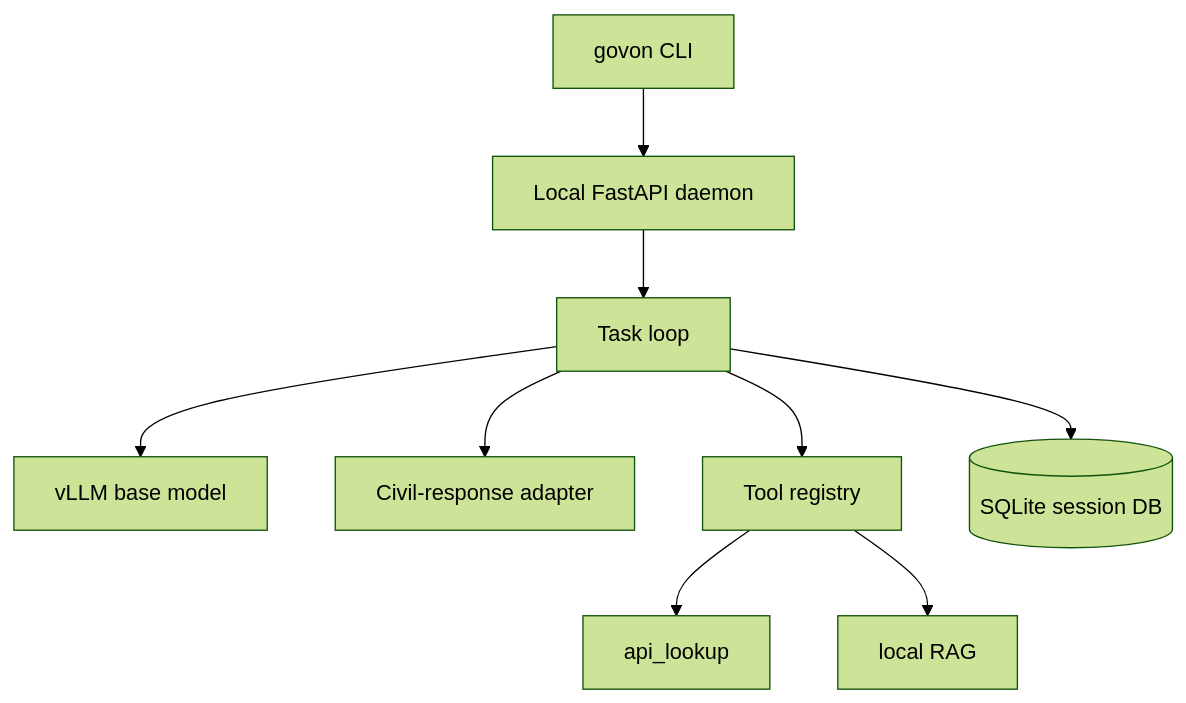
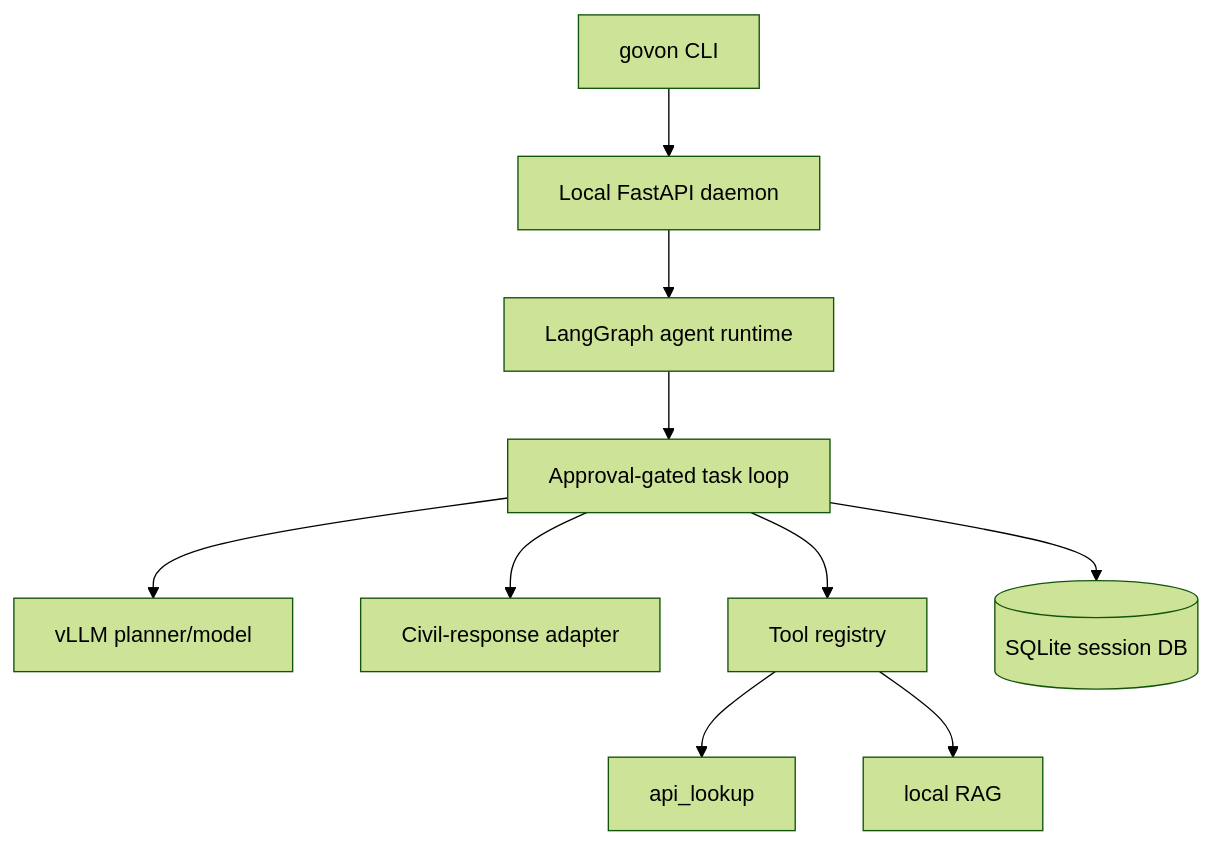
Before and after one commit to yuujjjj/AIOSS_GovOn: the diagram in README.md, drawn with Mermaid (forest theme). The commit also changed other lines of this file and 8 other files, not shown here.

First line of the commit message:
Merge pull request #441 from GovOn-Org/docs/402-langgraph-shell-roadmap

````diff
--- a/README.md
+++ b/README.md
@@ -40,11 +41,12 @@
 ```mermaid
 graph TD
     A[govon CLI] --> B[Local FastAPI daemon]
-    B --> C[Task loop]
-    C --> D[vLLM base model]
-    C --> E[Civil-response adapter]
-    C --> F[Tool registry]
-    C --> G[(SQLite session DB)]
-    F --> H[api_lookup]
-    F --> I[local RAG]
+    B --> C[LangGraph agent runtime]
+    C --> D[Approval-gated task loop]
+    D --> E[vLLM planner/model]
+    D --> F[Civil-response adapter]
+    D --> G[Tool registry]
+    D --> H[(SQLite session DB)]
+    G --> I[api_lookup]
+    G --> J[local RAG]
 ```
````
